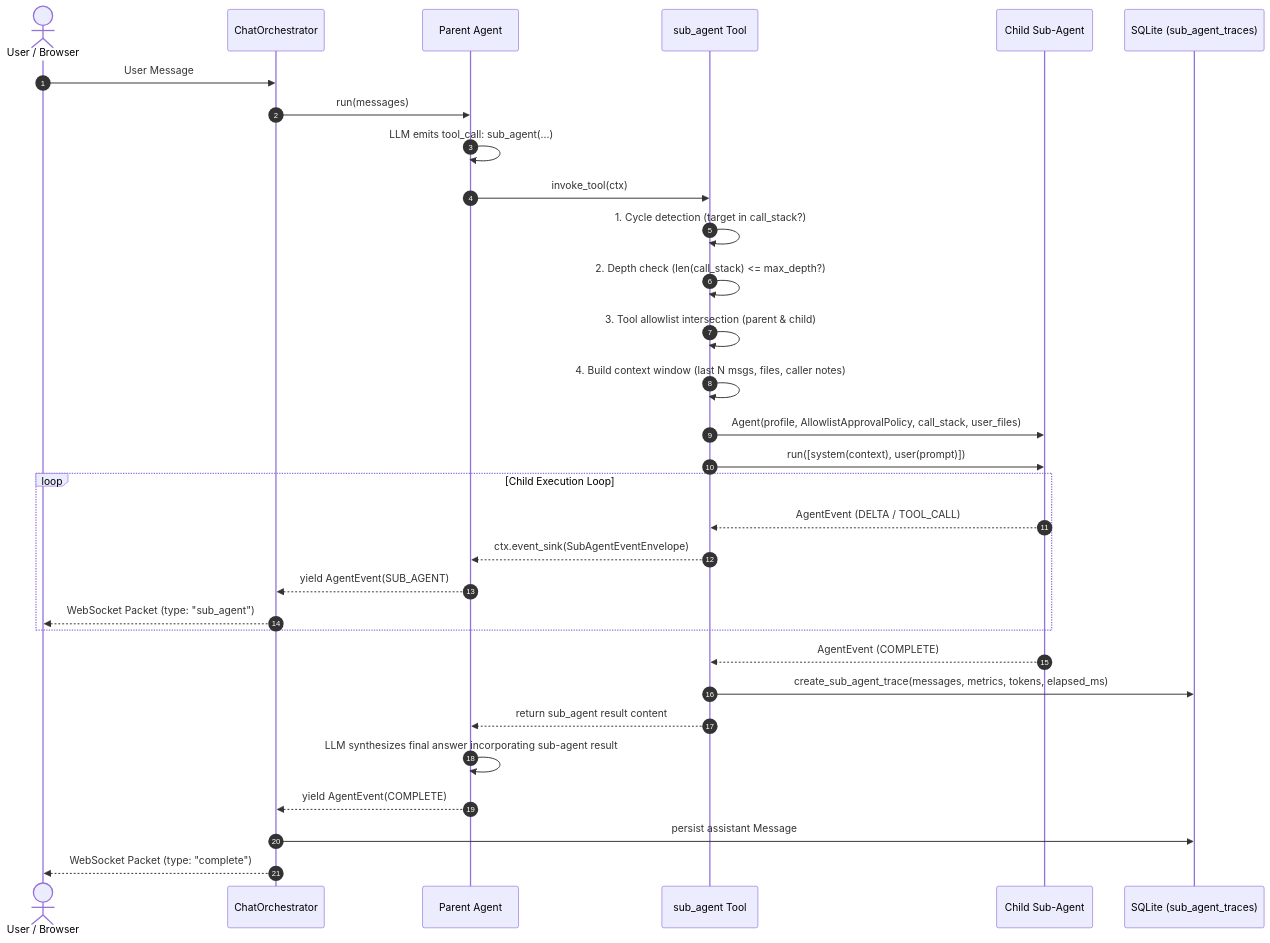
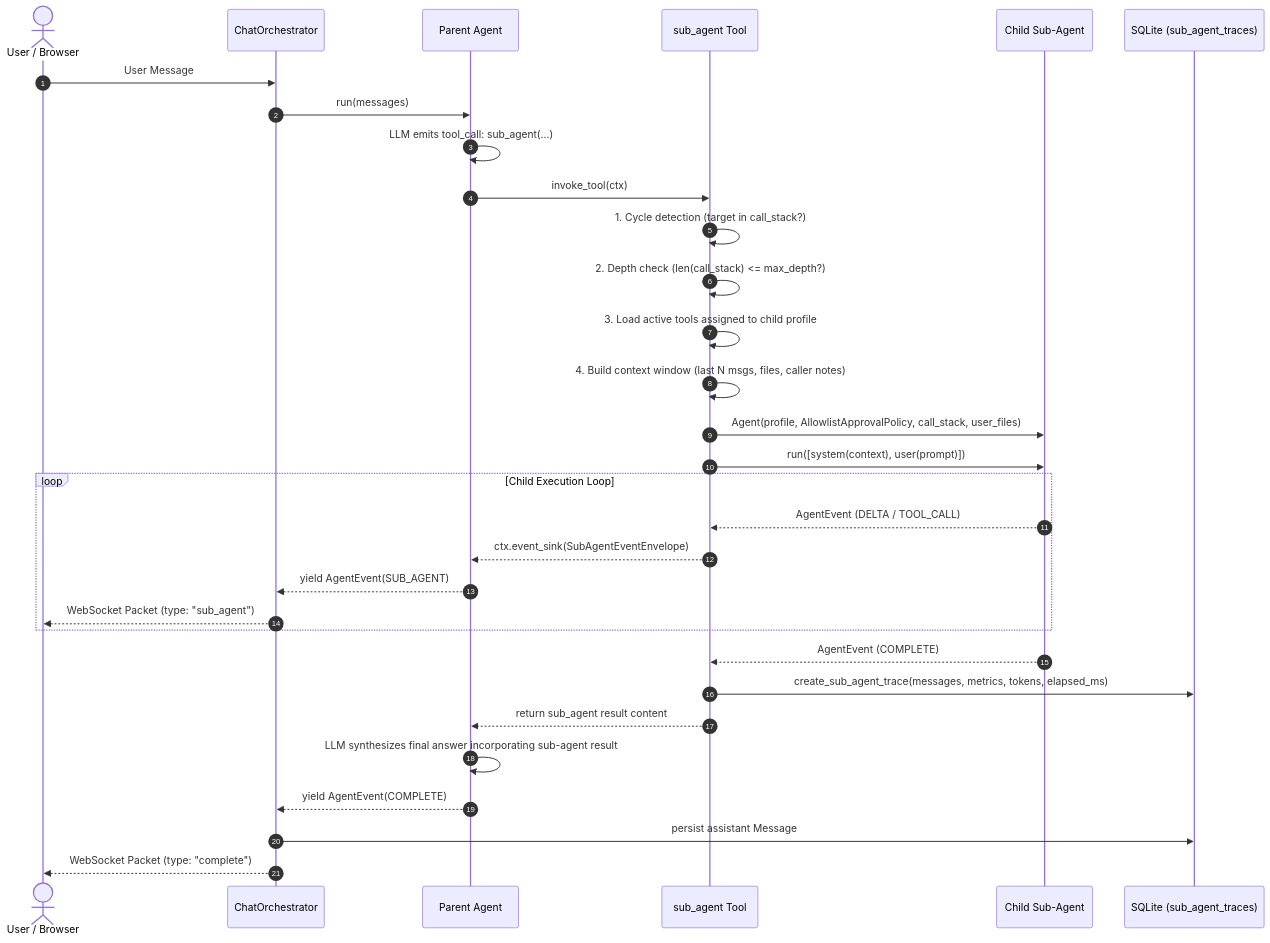
Before and after one commit to dbracewell/Asterism: the second of 3 diagrams in architecture/agent-runtime.md, drawn with Mermaid. The commit also changed other lines of this file and 30 other files, not shown here.

````diff
--- a/architecture/agent-runtime.md
+++ b/architecture/agent-runtime.md
@@ -92,36 +93,36 @@
 ```mermaid
 sequenceDiagram
     autonumber
     actor User as User / Browser
     participant Orch as ChatOrchestrator
     participant Parent as Parent Agent
     participant Tool as sub_agent Tool
     participant Child as Child Sub-Agent
     participant DB as SQLite (sub_agent_traces)
 
     User->>Orch: User Message
     Orch->>Parent: run(messages)
     Parent->>Parent: LLM emits tool_call: sub_agent(...)
     Parent->>Tool: invoke_tool(ctx)
     Tool->>Tool: 1. Cycle detection (target in call_stack?)
     Tool->>Tool: 2. Depth check (len(call_stack) <= max_depth?)
-    Tool->>Tool: 3. Tool allowlist intersection (parent & child)
+    Tool->>Tool: 3. Load active tools assigned to child profile
     Tool->>Tool: 4. Build context window (last N msgs, files, caller notes)
     Tool->>Child: Agent(profile, AllowlistApprovalPolicy, call_stack, user_files)
     Tool->>Child: run([system(context), user(prompt)])
 
     loop Child Execution Loop
         Child-->>Tool: AgentEvent (DELTA / TOOL_CALL)
         Tool-->>Parent: ctx.event_sink(SubAgentEventEnvelope)
         Parent-->>Orch: yield AgentEvent(SUB_AGENT)
         Orch-->>User: WebSocket Packet (type: "sub_agent")
     end
 
     Child-->>Tool: AgentEvent (COMPLETE)
     Tool->>DB: create_sub_agent_trace(messages, metrics, tokens, elapsed_ms)
     Tool-->>Parent: return sub_agent result content
     Parent->>Parent: LLM synthesizes final answer incorporating sub-agent result
     Parent-->>Orch: yield AgentEvent(COMPLETE)
     Orch->>DB: persist assistant Message
     Orch-->>User: WebSocket Packet (type: "complete")
 ```
````
